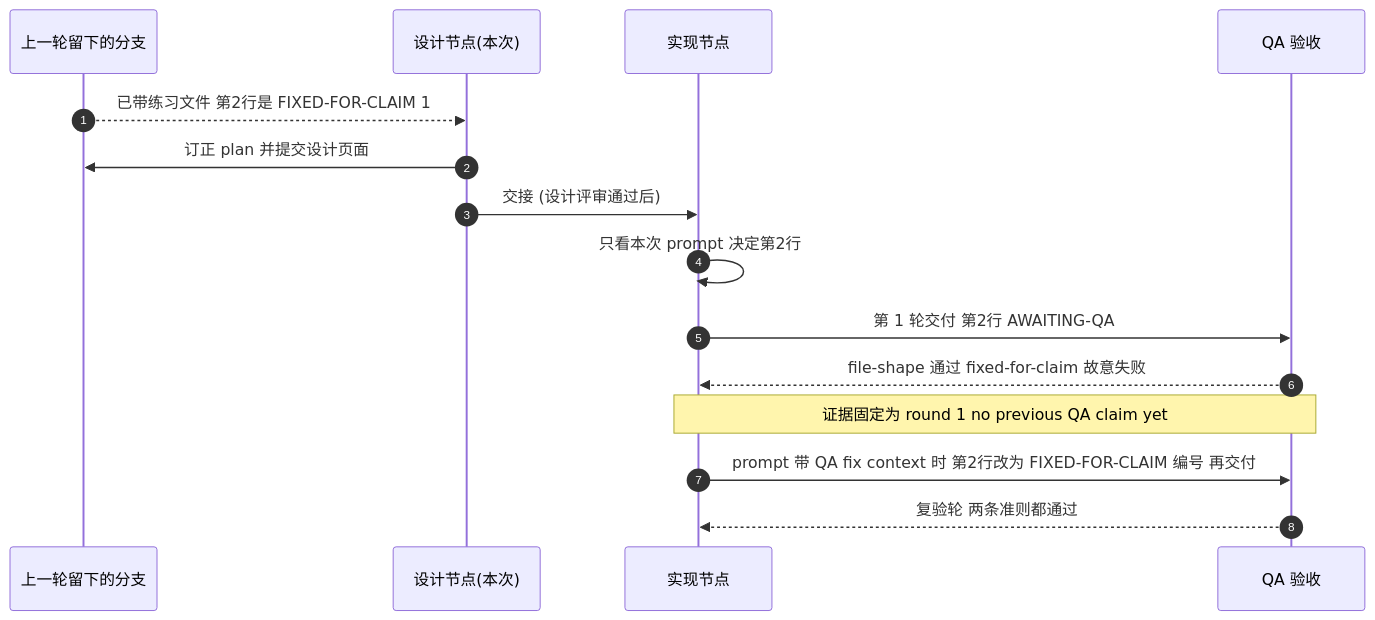
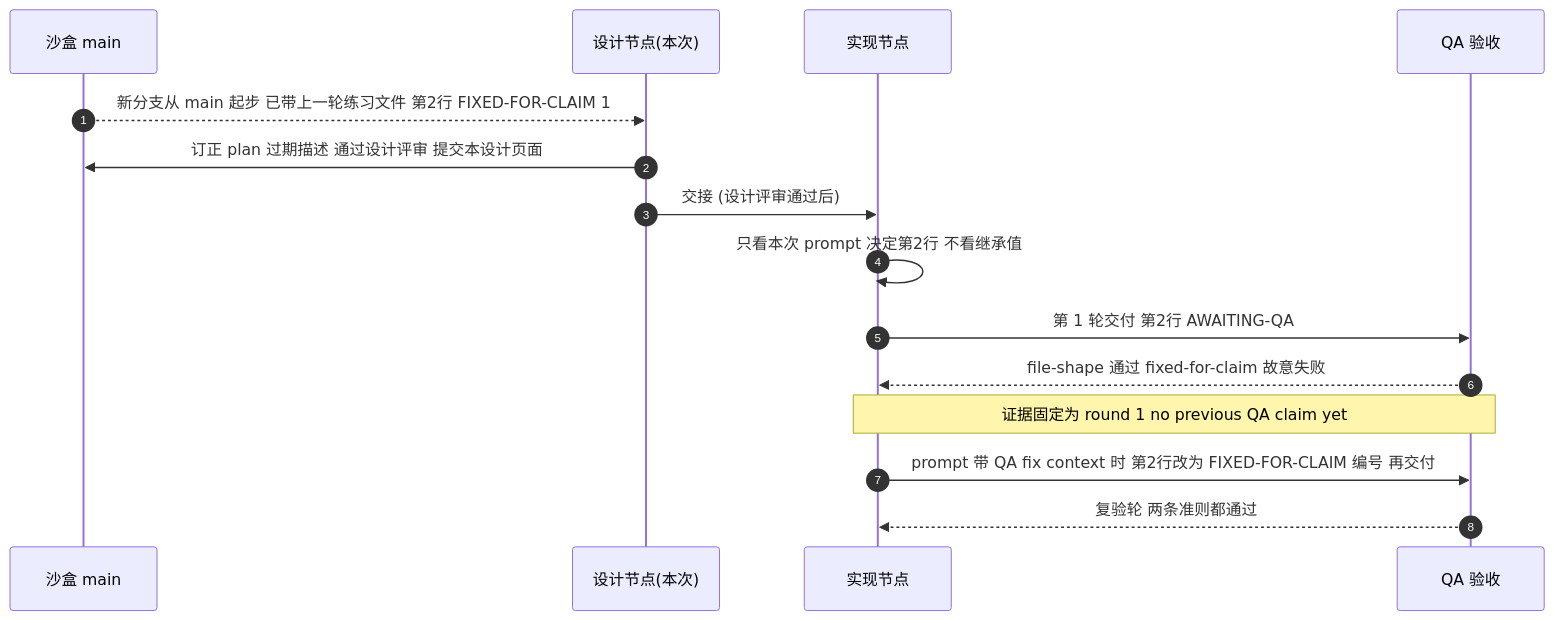
One commit to xrliAnnie/flywheel-qa-sandbox changed the diagram in engineering/doc/FLY-3225-real-runner-drill/design-d1.mmd. Above: the diagram before and after it, drawn with Mermaid. The commit also changed 1 other file, not shown here.

```diff
--- a/engineering/doc/FLY-3225-real-runner-drill/design-d1.mmd
+++ b/engineering/doc/FLY-3225-real-runner-drill/design-d1.mmd
@@ -1,15 +1,15 @@
 sequenceDiagram
     autonumber
-    participant P as 上一轮留下的分支
+    participant M as 沙盒 main
     participant D as 设计节点(本次)
     participant I as 实现节点
     participant Q as QA 验收
-    P-->>D: 已带练习文件 第2行是 FIXED-FOR-CLAIM 1
-    D->>P: 订正 plan 并提交设计页面
+    M-->>D: 新分支从 main 起步 已带上一轮练习文件 第2行 FIXED-FOR-CLAIM 1
+    D->>M: 订正 plan 过期描述 通过设计评审 提交本设计页面
     D->>I: 交接 (设计评审通过后)
-    I->>I: 只看本次 prompt 决定第2行
+    I->>I: 只看本次 prompt 决定第2行 不看继承值
     I->>Q: 第 1 轮交付 第2行 AWAITING-QA
     Q-->>I: file-shape 通过 fixed-for-claim 故意失败
     Note over Q,I: 证据固定为 round 1 no previous QA claim yet
     I->>Q: prompt 带 QA fix context 时 第2行改为 FIXED-FOR-CLAIM 编号 再交付
     Q-->>I: 复验轮 两条准则都通过
```
